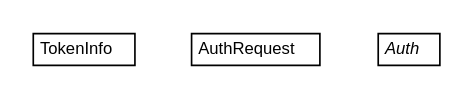
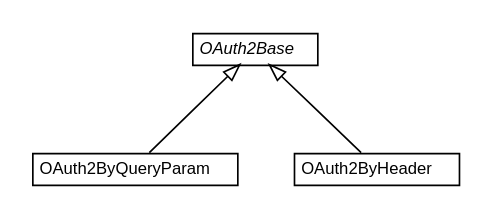
The diagram in 0.3.0-SNAPSHOT/javadoc/apidocs/io/reinert/requestor/oauth2/io.reinert.requestor.oauth2.dot (reinert/requestor), drawn with Graphviz before and after one commit. The commit also changed 1343 other files, not shown here.

```diff
--- a/0.3.0-SNAPSHOT/javadoc/apidocs/io/reinert/requestor/oauth2/io.reinert.requestor.oauth2.dot
+++ b/0.3.0-SNAPSHOT/javadoc/apidocs/io/reinert/requestor/oauth2/io.reinert.requestor.oauth2.dot
@@ -1,30 +1,34 @@
 #!/usr/local/bin/dot
 #
 # Class diagram 
 # Generated by UMLGraph version R5_6-24-gf6e263 (http://www.umlgraph.org/)
 #
 
 digraph G {
 	edge [fontname="Helvetica",fontsize=10,labelfontname="Helvetica",labelfontsize=10];
 	node [fontname="Helvetica",fontsize=10,shape=plaintext];
 	nodesep=0.25;
 	ranksep=0.5;
-	// io.reinert.requestor.oauth2.TokenInfo
-	c2389 [label=<<table title="io.reinert.requestor.oauth2.TokenInfo" border="0" cellborder="1" cellspacing="0" cellpadding="2" port="p" href="./TokenInfo.html">
+	// io.reinert.requestor.oauth2.OAuth2ByQueryParam
+	c3960 [label=<<table title="io.reinert.requestor.oauth2.OAuth2ByQueryParam" border="0" cellborder="1" cellspacing="0" cellpadding="2" port="p" href="./OAuth2ByQueryParam.html">
 		<tr><td><table border="0" cellspacing="0" cellpadding="1">
-<tr><td align="center" balign="center"> TokenInfo </td></tr>
+<tr><td align="center" balign="center"> OAuth2ByQueryParam </td></tr>
 		</table></td></tr>
-		</table>>, URL="./TokenInfo.html", fontname="Helvetica", fontcolor="black", fontsize=10.0];
-	// io.reinert.requestor.oauth2.AuthRequest
-	c2390 [label=<<table title="io.reinert.requestor.oauth2.AuthRequest" border="0" cellborder="1" cellspacing="0" cellpadding="2" port="p" href="./AuthRequest.html">
+		</table>>, URL="./OAuth2ByQueryParam.html", fontname="Helvetica", fontcolor="black", fontsize=10.0];
+	// io.reinert.requestor.oauth2.OAuth2ByHeader
+	c3961 [label=<<table title="io.reinert.requestor.oauth2.OAuth2ByHeader" border="0" cellborder="1" cellspacing="0" cellpadding="2" port="p" href="./OAuth2ByHeader.html">
 		<tr><td><table border="0" cellspacing="0" cellpadding="1">
-<tr><td align="center" balign="center"> AuthRequest </td></tr>
+<tr><td align="center" balign="center"> OAuth2ByHeader </td></tr>
 		</table></td></tr>
-		</table>>, URL="./AuthRequest.html", fontname="Helvetica", fontcolor="black", fontsize=10.0];
-	// io.reinert.requestor.oauth2.Auth
-	c2391 [label=<<table title="io.reinert.requestor.oauth2.Auth" border="0" cellborder="1" cellspacing="0" cellpadding="2" port="p" href="./Auth.html">
+		</table>>, URL="./OAuth2ByHeader.html", fontname="Helvetica", fontcolor="black", fontsize=10.0];
+	// io.reinert.requestor.oauth2.OAuth2Base
+	c3962 [label=<<table title="io.reinert.requestor.oauth2.OAuth2Base" border="0" cellborder="1" cellspacing="0" cellpadding="2" port="p" href="./OAuth2Base.html">
 		<tr><td><table border="0" cellspacing="0" cellpadding="1">
-<tr><td align="center" balign="center"><font face="Helvetica-Oblique"> Auth </font></td></tr>
+<tr><td align="center" balign="center"><font face="Helvetica-Oblique"> OAuth2Base </font></td></tr>
 		</table></td></tr>
-		</table>>, URL="./Auth.html", fontname="Helvetica", fontcolor="black", fontsize=10.0];
+		</table>>, URL="./OAuth2Base.html", fontname="Helvetica", fontcolor="black", fontsize=10.0];
+	//io.reinert.requestor.oauth2.OAuth2ByQueryParam extends io.reinert.requestor.oauth2.OAuth2Base
+	c3962:p -> c3960:p [dir=back,arrowtail=empty];
+	//io.reinert.requestor.oauth2.OAuth2ByHeader extends io.reinert.requestor.oauth2.OAuth2Base
+	c3962:p -> c3961:p [dir=back,arrowtail=empty];
 }
```
